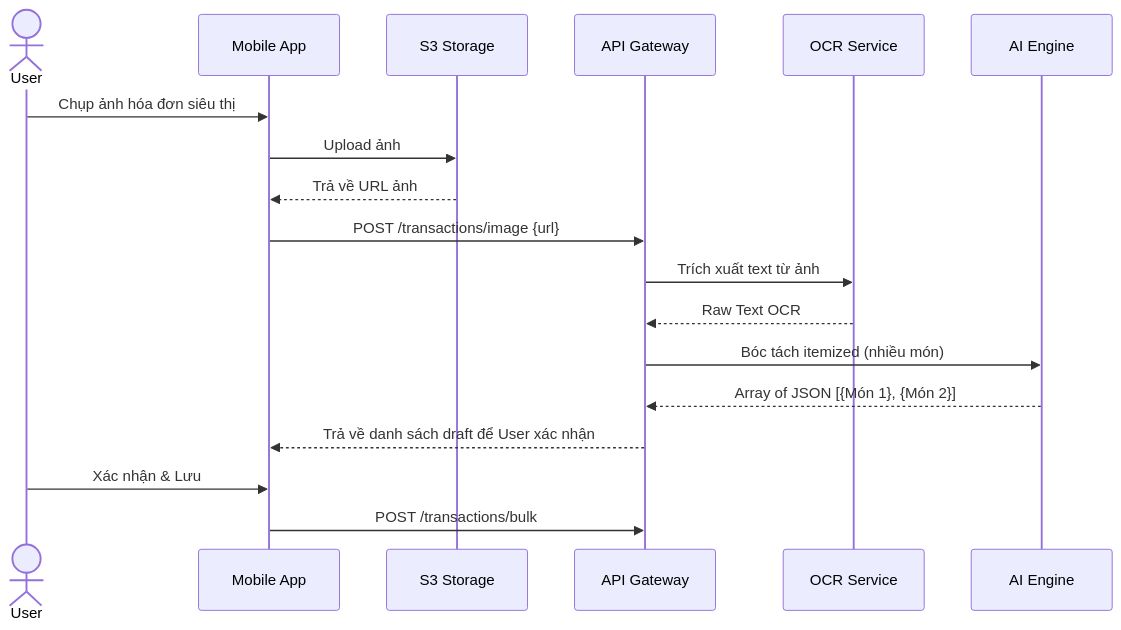
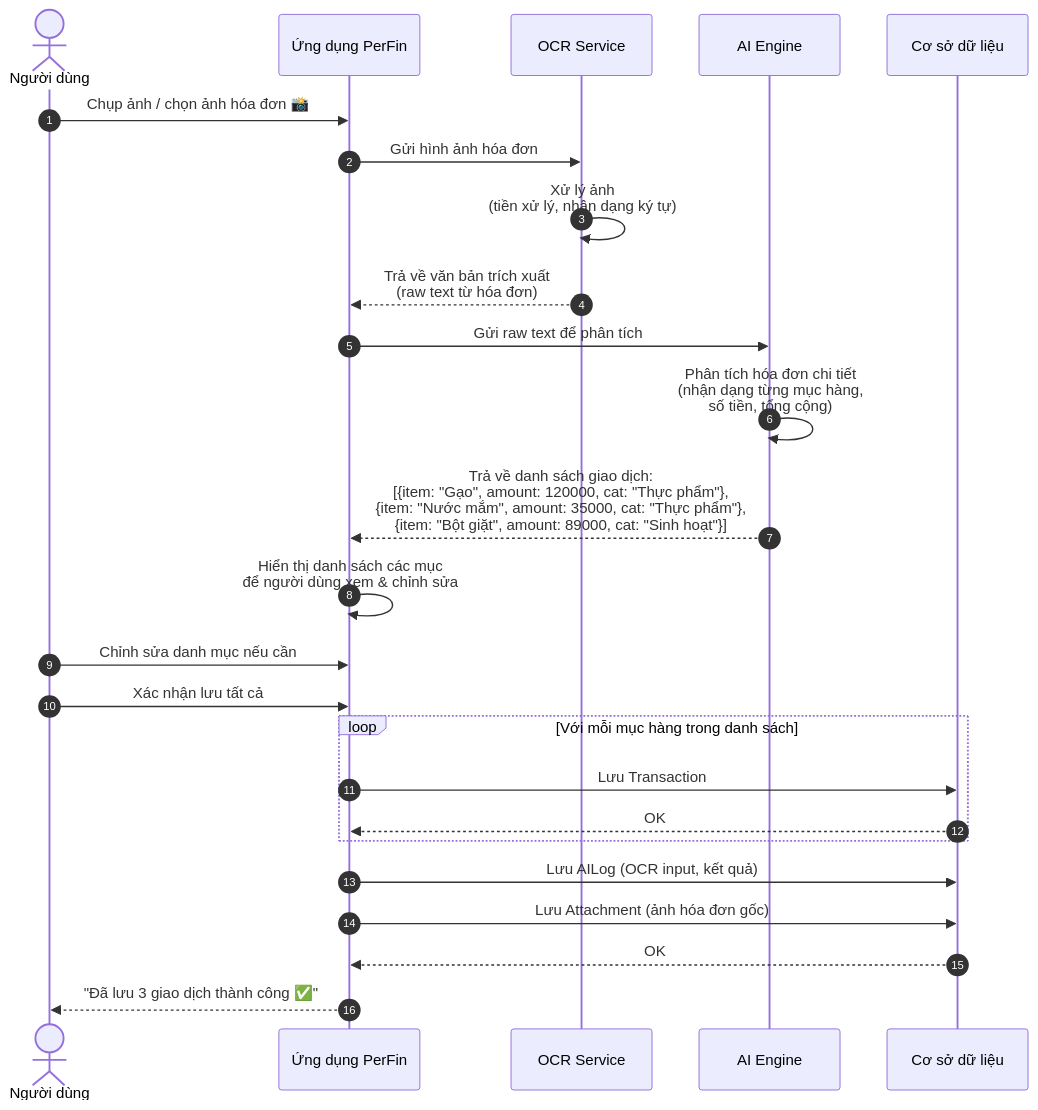
The third of 8 diagrams in NIÊN LUẬN/diagrams/mermaid/sequence-diagrams.md (ngthtrong/perfin-nienluan), drawn with Mermaid before and after one commit. The commit also changed other lines of this file and 25 other files, not shown here.

Commit message:
Delete REQ-10 Collaboration document and update SRS with new structure and diagrams

````diff
--- a/NIÊN LUẬN/diagrams/mermaid/sequence-diagrams.md
+++ b/NIÊN LUẬN/diagrams/mermaid/sequence-diagrams.md
@@ -44,21 +74,35 @@
 ```mermaid
 sequenceDiagram
-    actor User
-    participant App as Mobile App
-    participant Storage as S3 Storage
-    participant API as API Gateway
+    autonumber
+    actor User as Người dùng
+    participant App as Ứng dụng PerFin
     participant OCR as OCR Service
     participant AI as AI Engine
+    participant DB as Cơ sở dữ liệu
 
-    User->>App: Chụp ảnh hóa đơn siêu thị
-    App->>Storage: Upload ảnh
-    Storage-->>App: Trả về URL ảnh
-    App->>API: POST /transactions/image {url}
-    API->>OCR: Trích xuất text từ ảnh
-    OCR-->>API: Raw Text OCR
-    API->>AI: Bóc tách itemized (nhiều món)
-    AI-->>API: Array of JSON [{Món 1}, {Món 2}]
-    API-->>App: Trả về danh sách draft để User xác nhận
-    User->>App: Xác nhận & Lưu
-    App->>API: POST /transactions/bulk
+    User->>App: Chụp ảnh / chọn ảnh hóa đơn 📸
+    App->>OCR: Gửi hình ảnh hóa đơn
+
+    OCR->>OCR: Xử lý ảnh<br/>(tiền xử lý, nhận dạng ký tự)
+    OCR-->>App: Trả về văn bản trích xuất<br/>(raw text từ hóa đơn)
+
+    App->>AI: Gửi raw text để phân tích
+    AI->>AI: Phân tích hóa đơn chi tiết<br/>(nhận dạng từng mục hàng,<br/>số tiền, tổng cộng)
+    AI-->>App: Trả về danh sách giao dịch:<br/>[{item: "Gạo", amount: 120000, cat: "Thực phẩm"},<br/> {item: "Nước mắm", amount: 35000, cat: "Thực phẩm"},<br/> {item: "Bột giặt", amount: 89000, cat: "Sinh hoạt"}]
+
+    App->>App: Hiển thị danh sách các mục<br/>để người dùng xem & chỉnh sửa
+
+    User->>App: Chỉnh sửa danh mục nếu cần
+    User->>App: Xác nhận lưu tất cả
+
+    loop Với mỗi mục hàng trong danh sách
+        App->>DB: Lưu Transaction
+        DB-->>App: OK
+    end
+
+    App->>DB: Lưu AILog (OCR input, kết quả)
+    App->>DB: Lưu Attachment (ảnh hóa đơn gốc)
+    DB-->>App: OK
+
+    App-->>User: "Đã lưu 3 giao dịch thành công ✅"
 ```
````
